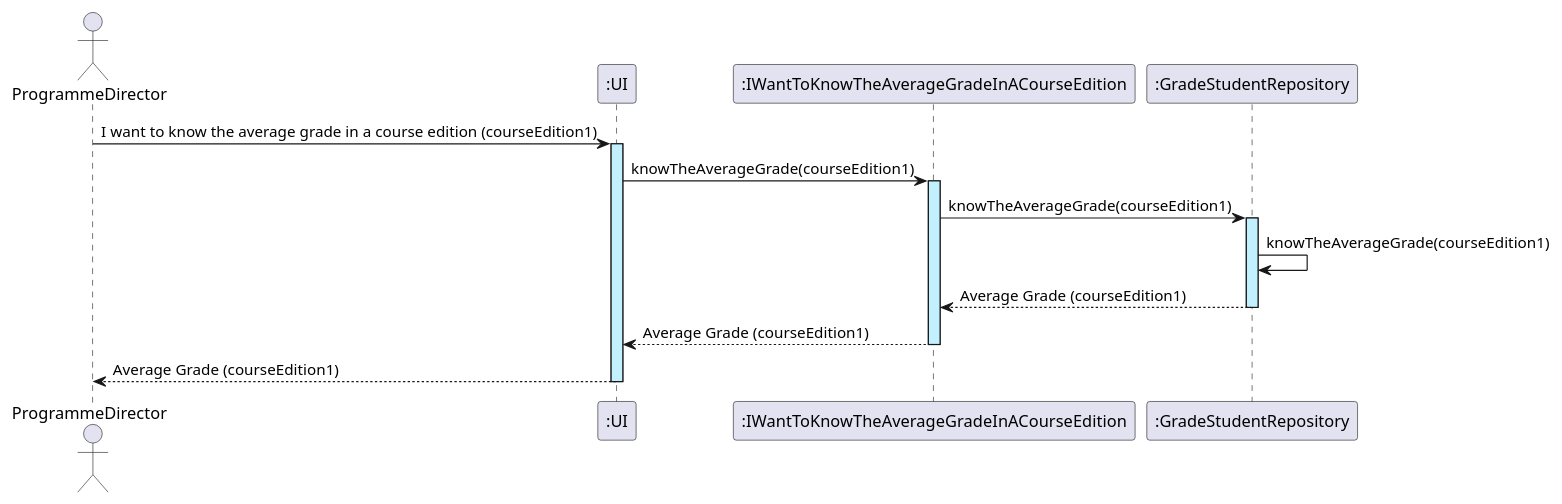
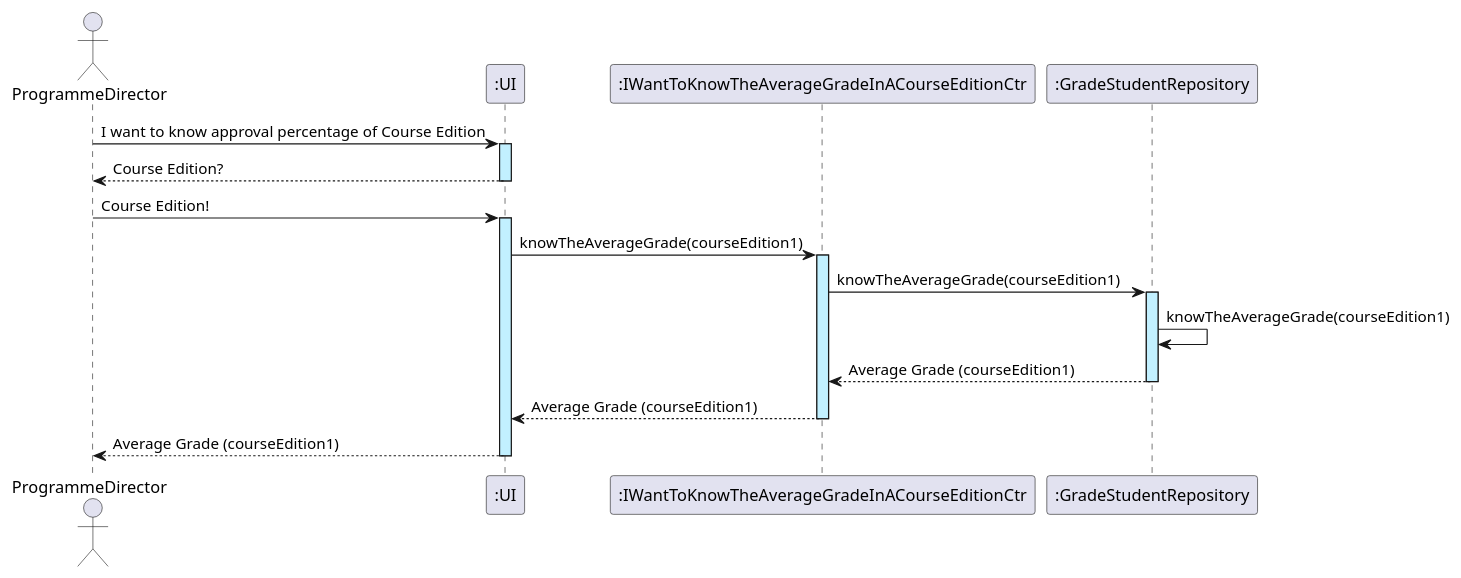
Before and after one commit to GasparISEP/DevOps-PAI: the diagram in docs/sequenceDiagrams/US25/US25_knowTheAverageGradeInACourseEdition.puml, drawn with PlantUML. The commit also changed 2 other files, not shown here.

```diff
--- a/docs/sequenceDiagrams/US25/US25_knowTheAverageGradeInACourseEdition.puml
+++ b/docs/sequenceDiagrams/US25/US25_knowTheAverageGradeInACourseEdition.puml
@@ -1,17 +1,19 @@
 @startuml
 actor ProgrammeDirector
 participant ":UI" as UI
-participant ":IWantToKnowTheAverageGradeInACourseEdition" as KA
+participant ":IWantToKnowTheAverageGradeInACourseEditionCtr" as KA
 participant ":GradeStudentRepository" as GR
 
 
-ProgrammeDirector -> UI ++ #application : I want to know the average grade in a course edition (courseEdition1)
+ProgrammeDirector -> UI ++ #application: I want to know approval percentage of Course Edition
+UI --> ProgrammeDirector -- : Course Edition?
+ProgrammeDirector -> UI ++ #application: Course Edition!
 UI -> KA ++ #application : knowTheAverageGrade(courseEdition1)
 KA -> GR ++ #application : knowTheAverageGrade(courseEdition1)
 GR -> GR :knowTheAverageGrade(courseEdition1)
 
 GR --> KA --: Average Grade (courseEdition1)
 KA --> UI --: Average Grade (courseEdition1)
 UI --> ProgrammeDirector --: Average Grade (courseEdition1)
 
 @enduml
```
